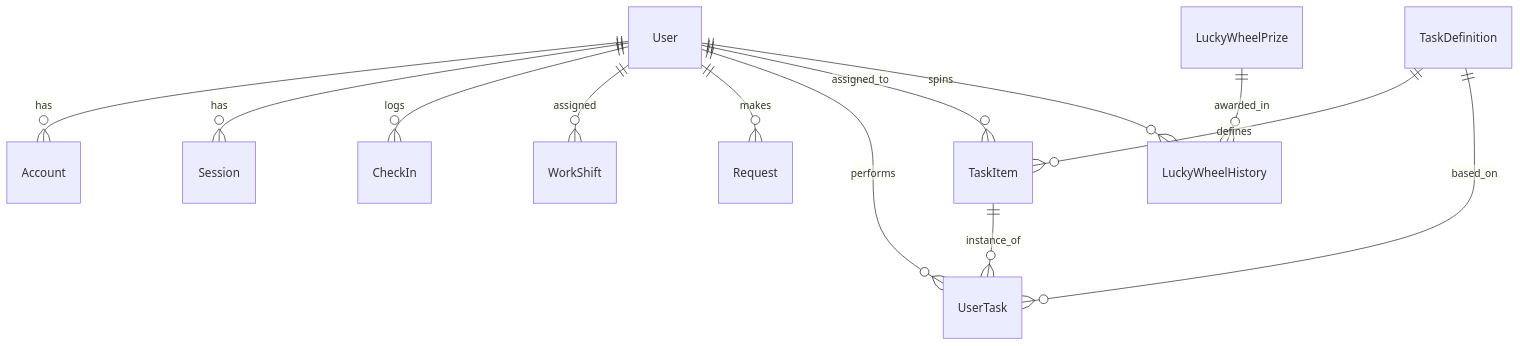
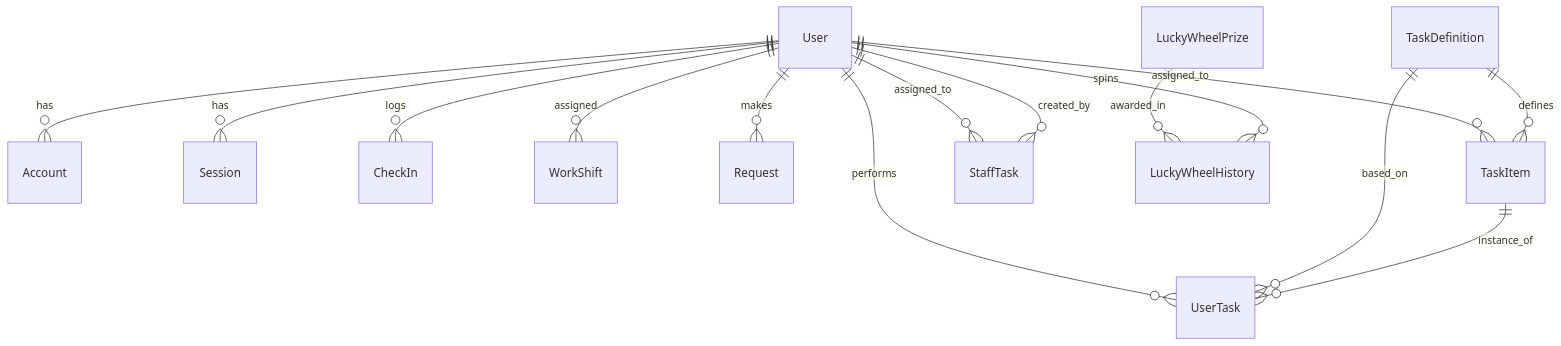
The diagram in docs/030-Specs/Schema/DB-Schema.md (khanhduong22/checkin-app), drawn with Mermaid before and after one commit. The commit also changed other lines of this file and 20 other files, not shown here.

````diff
--- a/docs/030-Specs/Schema/DB-Schema.md
+++ b/docs/030-Specs/Schema/DB-Schema.md
@@ -48,18 +49,20 @@
 ```mermaid
 erDiagram
     User ||--o{ Account : has
     User ||--o{ Session : has
     User ||--o{ CheckIn : logs
     User ||--o{ WorkShift : assigned
     User ||--o{ Request : makes
     User ||--o{ UserTask : performs
     User ||--o{ TaskItem : assigned_to
+    User ||--o{ StaffTask : assigned_to
+    User ||--o{ StaffTask : created_by
 
     TaskDefinition ||--o{ TaskItem : defines
     TaskDefinition ||--o{ UserTask : based_on
 
     TaskItem ||--o{ UserTask : instance_of
 
     LuckyWheelPrize ||--o{ LuckyWheelHistory : awarded_in
     User ||--o{ LuckyWheelHistory : spins
 ```
````
